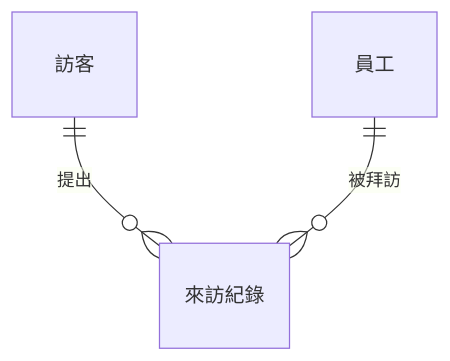
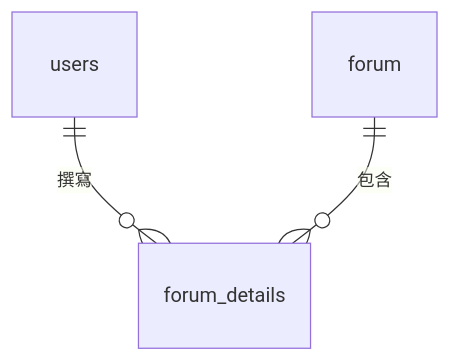
The first of 2 diagrams in 01-Course-Materials/07-Data-Modeling.md (billy1125/system-analysis-and-design), drawn with Mermaid before and after one commit. The commit also changed other lines of this file and 17 other files, not shown here.

````diff
--- a/01-Course-Materials/07-Data-Modeling.md
+++ b/01-Course-Materials/07-Data-Modeling.md
@@ -88,5 +90,5 @@
 ```mermaid
 erDiagram
-    訪客 ||--o{ 來訪紀錄 : "提出"
-    員工 ||--o{ 來訪紀錄 : "被拜訪"
+    users ||--o{ forum_details : "撰寫"
+    forum ||--o{ forum_details : "包含"
 ```
````
